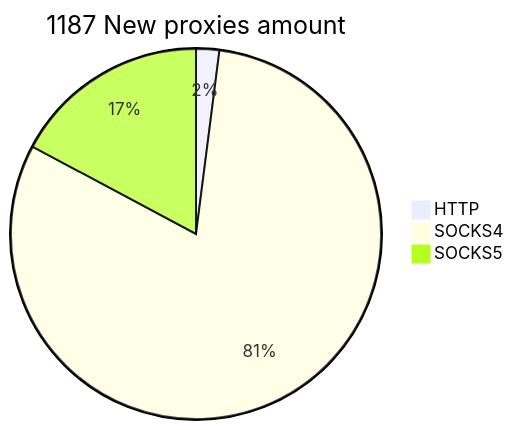
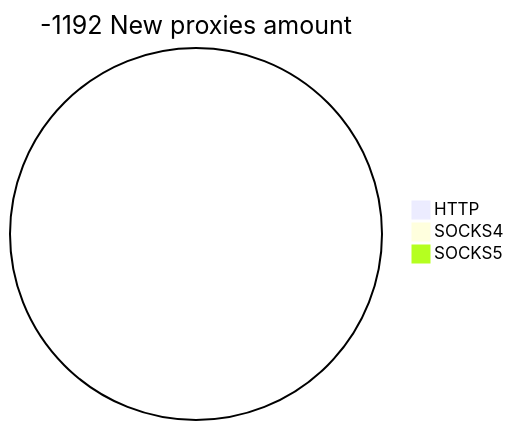
One commit to cutipu/proxylist changed the second of 2 diagrams in README.md. Above: the diagram before and after it, drawn with Mermaid. The commit also changed other lines of this file, not shown here.

````diff
--- a/README.md
+++ b/README.md
@@ -10,6 +10,6 @@
 ```mermaid
-pie title 1187 New proxies amount
-    "HTTP" : 24
-    "SOCKS4" : 959
-    "SOCKS5" : 204
+pie title -1192 New proxies amount
+    "HTTP" : 0
+    "SOCKS4" : 0
+    "SOCKS5" : 0
 ```
````
